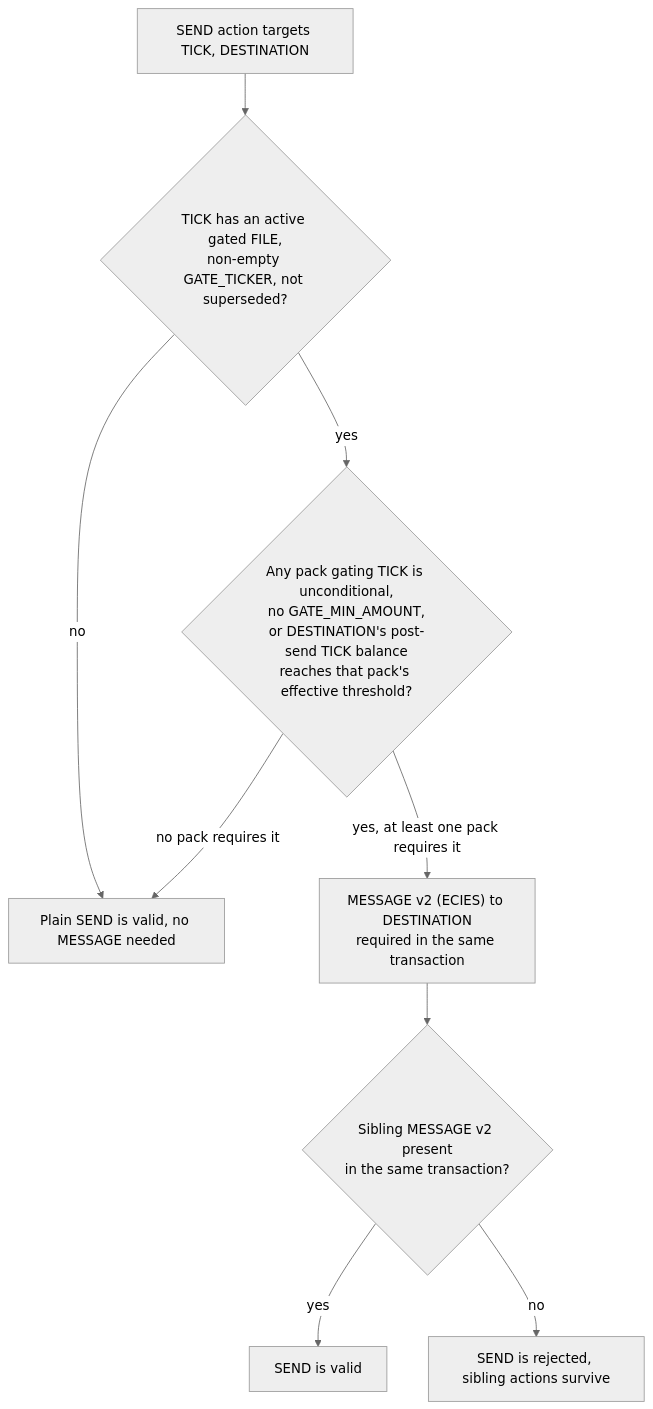
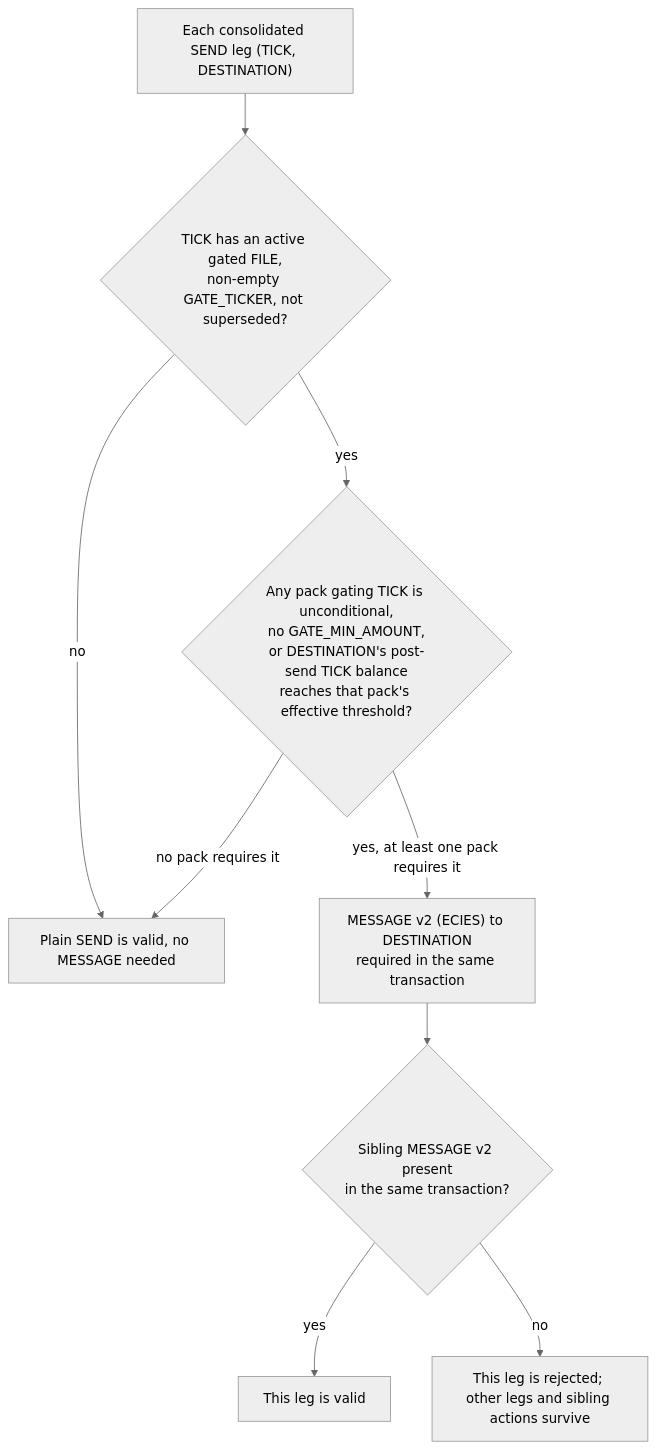
One commit to XChain-Platform/xchain-documentation changed the diagram in protocol/actions/send.md. Above: the diagram before and after it, drawn with Mermaid (neutral theme). The commit also changed other lines of this file and 38 other files, not shown here.

````diff
--- a/protocol/actions/send.md
+++ b/protocol/actions/send.md
@@ -66,11 +66,11 @@
 ```mermaid
 flowchart TD
-    Start["SEND action targets TICK, DESTINATION"] --> Gated{"TICK has an active gated FILE,<br>non-empty GATE_TICKER, not superseded?"}
+    Start["Each consolidated SEND leg (TICK, DESTINATION)"] --> Gated{"TICK has an active gated FILE,<br>non-empty GATE_TICKER, not superseded?"}
     Gated -->|"no"| PlainOK["Plain SEND is valid, no MESSAGE needed"]
     Gated -->|"yes"| Threshold{"Any pack gating TICK is unconditional,<br>no GATE_MIN_AMOUNT,<br>or DESTINATION's post-send TICK balance<br>reaches that pack's effective threshold?"}
     Threshold -->|"no pack requires it"| PlainOK
     Threshold -->|"yes, at least one pack requires it"| NeedMsg["MESSAGE v2 (ECIES) to DESTINATION<br>required in the same transaction"]
     NeedMsg --> Present{"Sibling MESSAGE v2 present<br>in the same transaction?"}
-    Present -->|"yes"| Valid["SEND is valid"]
-    Present -->|"no"| Rejected["SEND is rejected, sibling actions survive"]
+    Present -->|"yes"| Valid["This leg is valid"]
+    Present -->|"no"| Rejected["This leg is rejected; other legs and sibling actions survive"]
 ```
````
